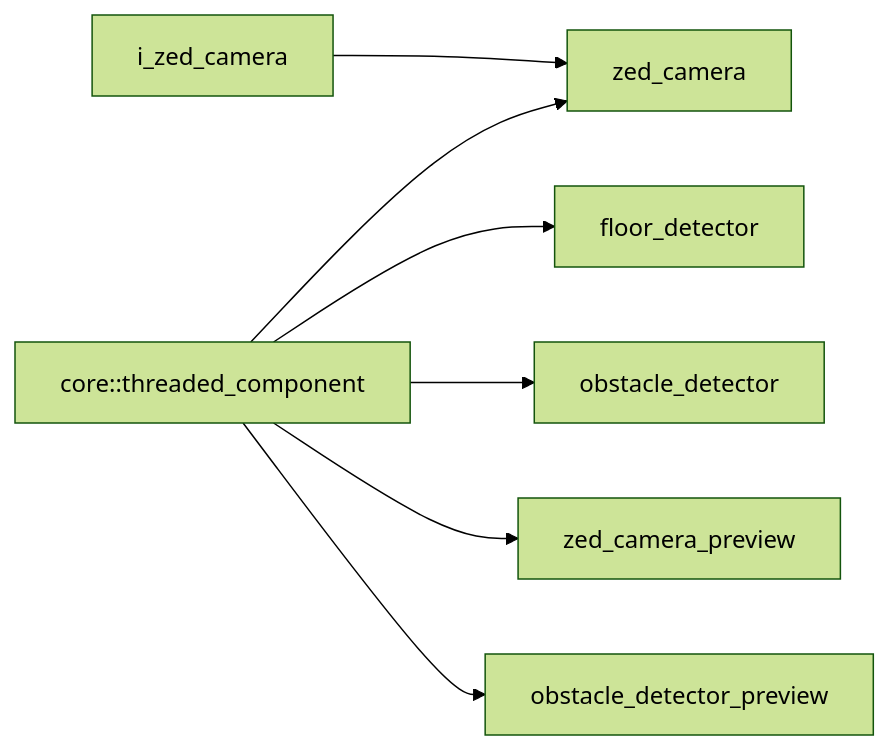
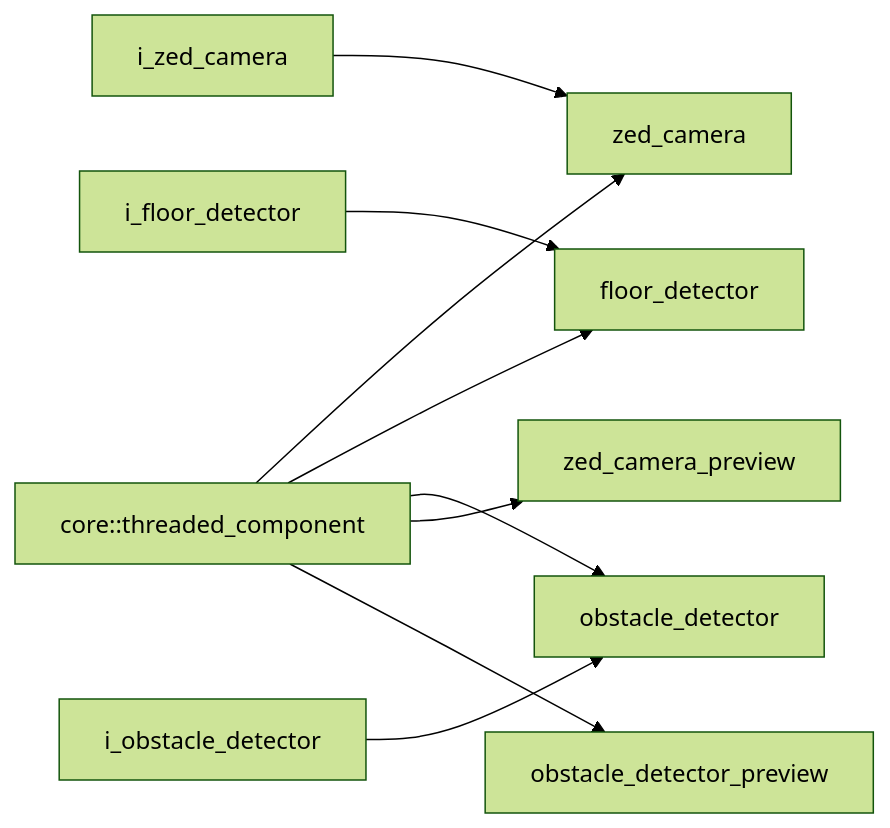
Before and after one commit to kasper-szczerba/autonomous_control_system_wiki: the first of 2 diagrams in docs/codebase/namespaces/vision/index.md, drawn with Mermaid (forest theme). The commit also changed 13 other files, not shown here.

````diff
--- a/docs/codebase/namespaces/vision/index.md
+++ b/docs/codebase/namespaces/vision/index.md
@@ -9,17 +9,21 @@
 ```mermaid
 graph LR
     threaded["core::threaded_component"]
     i_zed["i_zed_camera"]
+    i_floor["i_floor_detector"]
+    i_obstacle["i_obstacle_detector"]
     zed["zed_camera"]
     floor["floor_detector"]
     obstacle["obstacle_detector"]
     camera_prev["zed_camera_preview"]
     obstacle_prev["obstacle_detector_preview"]
     
     threaded --> zed
     i_zed --> zed
     threaded --> floor
+    i_floor --> floor
     threaded --> obstacle
+    i_obstacle --> obstacle
     threaded --> camera_prev
     threaded --> obstacle_prev
 ```
````
